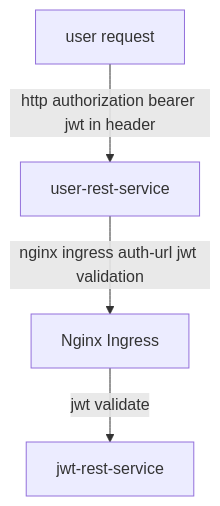
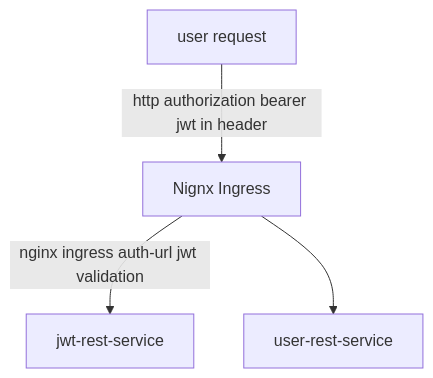
Before and after one commit to sonamsamdupkhangsar/sonamsamdupkhangsar.github.io: the third of 3 diagrams in README.md, drawn with Mermaid.

Commit message:
add jwt redirection

````diff
--- a/README.md
+++ b/README.md
@@ -27,6 +27,6 @@
 ```mermaid
 flowchart TD
-    A[user request] --> |http authorization bearer jwt in header| B[user-rest-service]
-    B --> | nginx ingress auth-url jwt validation| C[Nginx Ingress]
-    C --> | jwt validate | D[jwt-rest-service]    
+    A[user request] --> |http authorization bearer jwt in header| B[Nignx Ingress]
+    B --> | nginx ingress auth-url jwt validation| C[jwt-rest-service]
+    B --> D[user-rest-service]    
 ``` 
````
